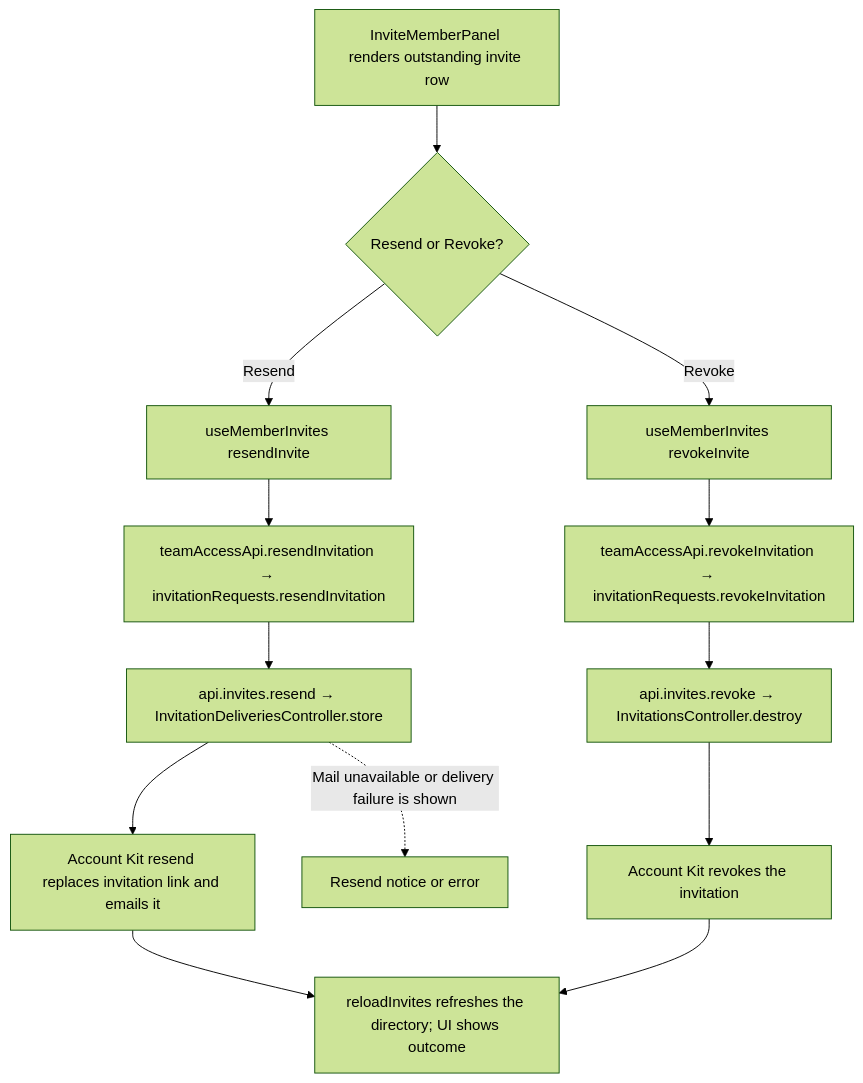
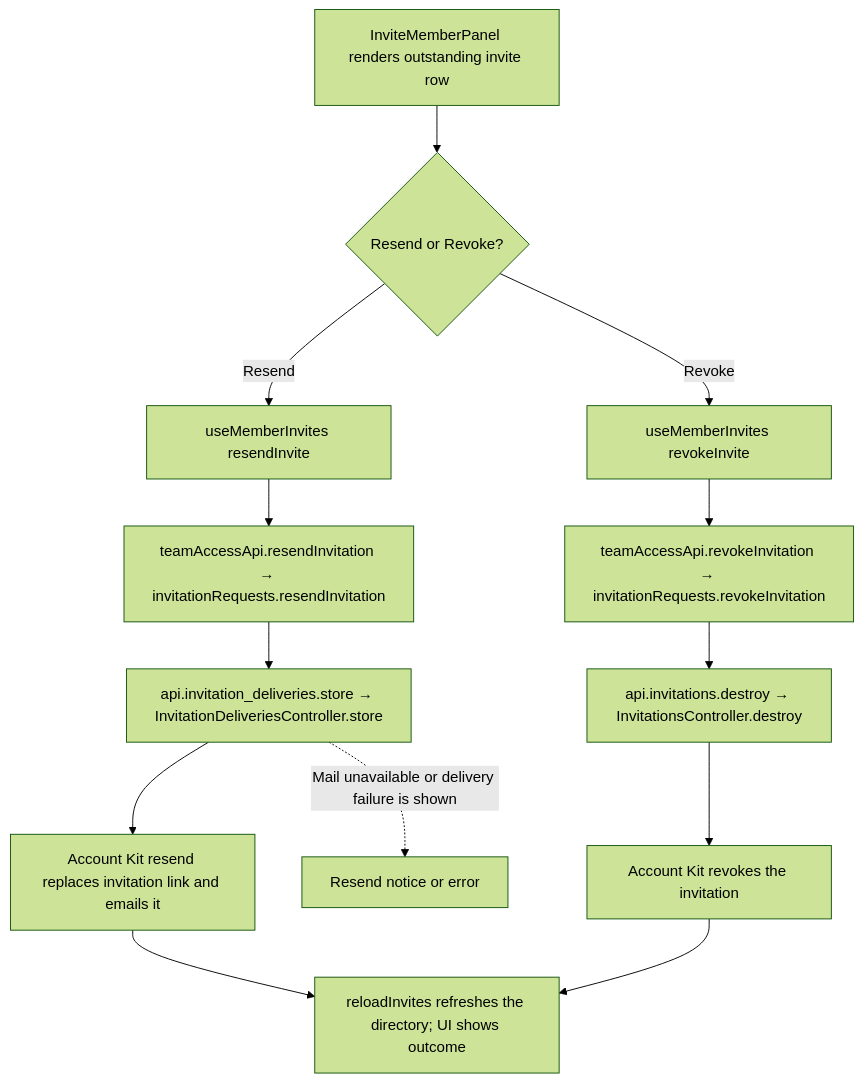
The second of 2 diagrams in user-stories/team/US-TEAM-03-manage-invitation.md (Kevinjohn/capacitylens), drawn with Mermaid (forest theme) before and after one commit. The commit also changed 153 other files, not shown here.

First line of the commit message:
Routes: one /api group with generated route names

````diff
--- a/user-stories/team/US-TEAM-03-manage-invitation.md
+++ b/user-stories/team/US-TEAM-03-manage-invitation.md
@@ -32,15 +32,15 @@
 ```mermaid
 flowchart TD
     Row["InviteMemberPanel renders outstanding invite row"] --> Action{"Resend or Revoke?"}
     Action -->|"Resend"| ResendHook["useMemberInvites resendInvite"]
     ResendHook --> ResendClient["teamAccessApi.resendInvitation → invitationRequests.resendInvitation"]
-    ResendClient --> ResendRoute["api.invites.resend → InvitationDeliveriesController.store"]
+    ResendClient --> ResendRoute["api.invitation_deliveries.store → InvitationDeliveriesController.store"]
     ResendRoute --> KitResend["Account Kit resend replaces invitation link and emails it"]
     KitResend --> Reload["reloadInvites refreshes the directory; UI shows outcome"]
     Action -->|"Revoke"| RevokeHook["useMemberInvites revokeInvite"]
     RevokeHook --> RevokeClient["teamAccessApi.revokeInvitation → invitationRequests.revokeInvitation"]
-    RevokeClient --> RevokeRoute["api.invites.revoke → InvitationsController.destroy"]
+    RevokeClient --> RevokeRoute["api.invitations.destroy → InvitationsController.destroy"]
     RevokeRoute --> KitRevoke["Account Kit revokes the invitation"]
     KitRevoke --> Reload
     ResendRoute -. "Mail unavailable or delivery failure is shown" .-> Error["Resend notice or error"]
 ```
````
